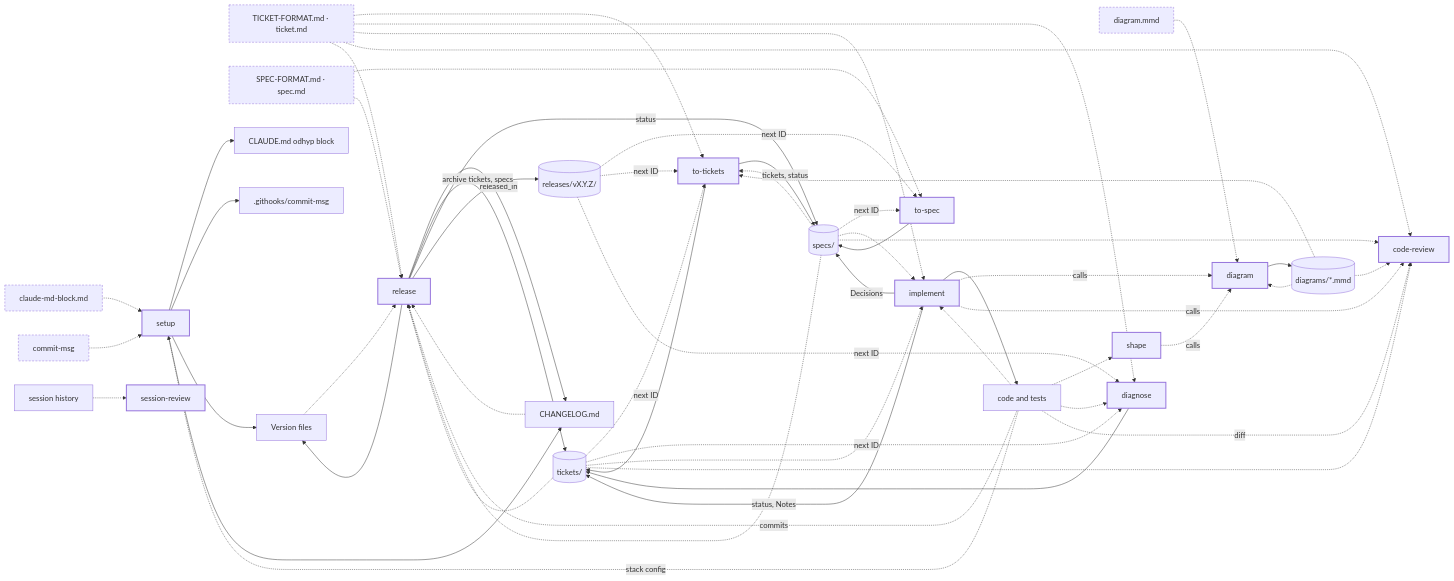
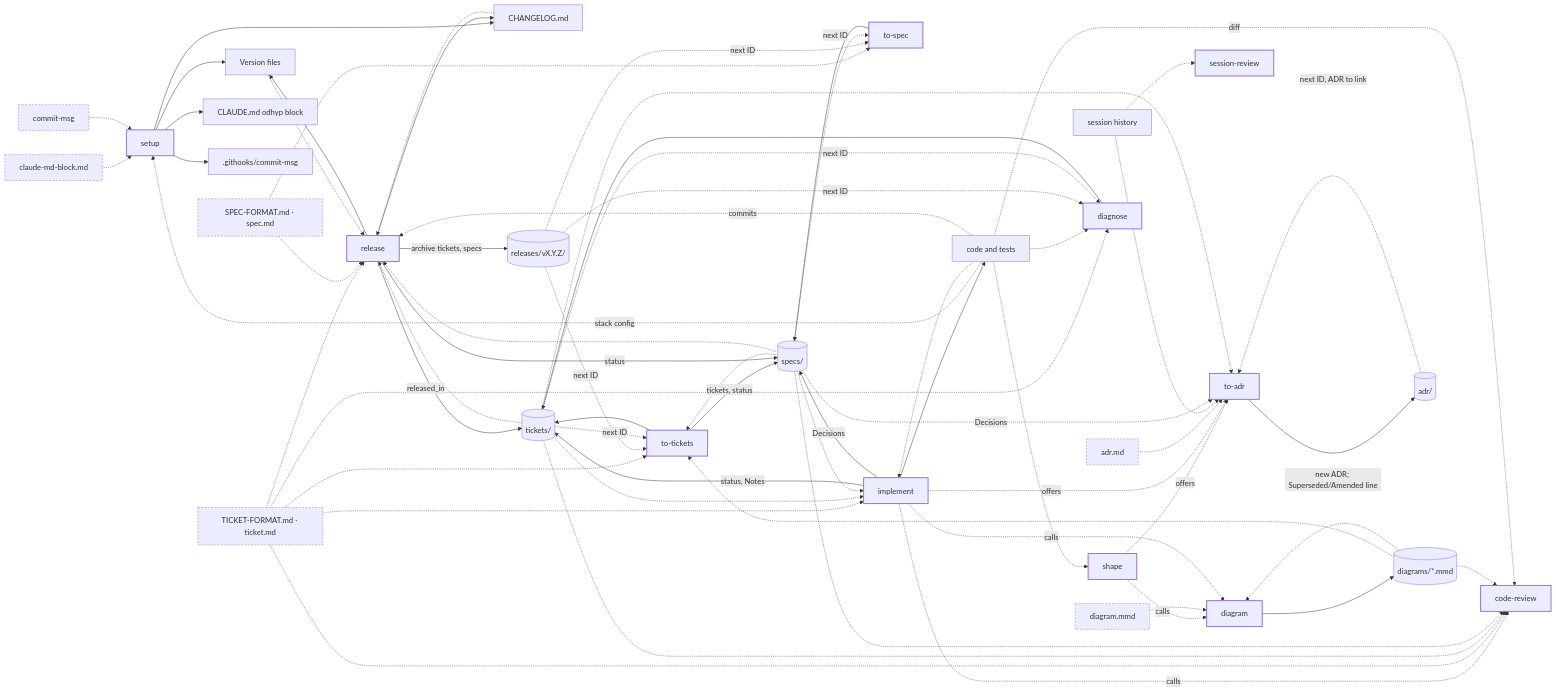
The diagram in docs/diagrams/data-flow.mmd (odhyp/skills), drawn with Mermaid before and after one commit. The commit also changed 5 other files, not shown here.

First line of the commit message:
feat(adr): add the to-adr skill and ADR template

```diff
--- a/docs/diagrams/data-flow.mmd
+++ b/docs/diagrams/data-flow.mmd
@@ -1,101 +1,113 @@
 %% Data flow: which odhyp skill reads (dotted) or writes (solid) which file; templates come from plugins/odhyp/templates/, skills from plugins/odhyp/skills/.
 %% Every skill except shape and session-review also reads the CLAUDE.md odhyp block for paths and commands.
 %% Not drawn: setup deletes .gitkeep files in the four odhyp folders and sets git config core.hooksPath; to-tickets and session-review check whether plugins/odhyp/.claude-plugin/plugin.json exists (are we in the odhyp repo?). session-review otherwise reads only the session and writes nothing.
 flowchart LR
     tBlock["claude-md-block.md"]
     tHook["commit-msg"]
     tTicket["TICKET-FORMAT.md · ticket.md"]
     tSpec["SPEC-FORMAT.md · spec.md"]
     tDiagram["diagram.mmd"]
+    tAdr["adr.md"]
 
     setup
     shape
     toSpec["to-spec"]
     toTickets["to-tickets"]
     diagnose
     diagram
     implement
     codeReview["code-review"]
     release
     sessionReview["session-review"]
+    toAdr["to-adr"]
 
     block["CLAUDE.md odhyp block"]
     hook[".githooks/commit-msg"]
     version["Version files"]
     changelog["CHANGELOG.md"]
     specs[("specs/")]
     tickets[("tickets/")]
     diagrams[("diagrams/*.mmd")]
     releases[("releases/vX.Y.Z/")]
+    adrs[("adr/")]
     code["code and tests"]
     session["session history"]
 
     tBlock -.-> setup
     tHook -.-> setup
     code -.->|"stack config"| setup
     setup --> block
     setup --> hook
     setup --> version
     setup --> changelog
 
     code -.-> shape
     shape -.->|"calls"| diagram
 
     tSpec -.-> toSpec
     releases -.->|"next ID"| toSpec
     specs -.->|"next ID"| toSpec
     toSpec --> specs
 
     tTicket -.-> toTickets
     specs -.-> toTickets
     releases -.->|"next ID"| toTickets
     tickets -.->|"next ID"| toTickets
     diagrams -.-> toTickets
     toTickets --> tickets
     toTickets -->|"tickets, status"| specs
 
     tTicket -.-> diagnose
     code -.-> diagnose
     releases -.->|"next ID"| diagnose
     tickets -.->|"next ID"| diagnose
     diagnose --> tickets
 
     tDiagram -.-> diagram
     diagrams -.-> diagram
     diagram --> diagrams
 
     tTicket -.-> implement
     tickets -.-> implement
     specs -.-> implement
     code -.-> implement
     implement --> code
     implement -->|"status, Notes"| tickets
     implement -->|"Decisions"| specs
     implement -.->|"calls"| diagram
     implement -.->|"calls"| codeReview
 
     tTicket -.-> codeReview
     tickets -.-> codeReview
     specs -.-> codeReview
     diagrams -.-> codeReview
     code -.->|"diff"| codeReview
 
     tTicket -.-> release
     tSpec -.-> release
     tickets -.-> release
     specs -.-> release
     version -.-> release
     changelog -.-> release
     code -.->|"commits"| release
     release --> version
     release --> changelog
     release -->|"released_in"| tickets
     release -->|"status"| specs
     release -->|"archive tickets, specs"| releases
 
     session -.-> sessionReview
 
+    shape -.->|"offers"| toAdr
+    implement -.->|"offers"| toAdr
+    tAdr -.-> toAdr
+    session -.-> toAdr
+    specs -.->|"Decisions"| toAdr
+    tickets -.-> toAdr
+    adrs -.->|"next ID, ADR to link"| toAdr
+    toAdr -->|"new ADR; Superseded/Amended line"| adrs
+
     classDef template stroke-dasharray: 4 3
     classDef skill stroke-width:2px
-    class tBlock,tHook,tTicket,tSpec,tDiagram template
-    class setup,shape,toSpec,toTickets,diagnose,diagram,implement,codeReview,release,sessionReview skill
+    class tBlock,tHook,tTicket,tSpec,tDiagram,tAdr template
+    class setup,shape,toSpec,toTickets,diagnose,diagram,implement,codeReview,release,sessionReview,toAdr skill
```
